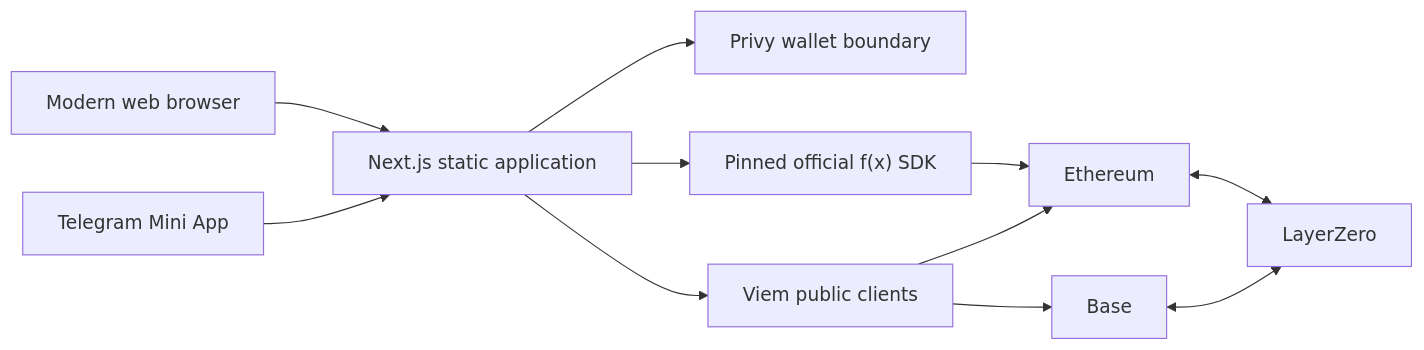
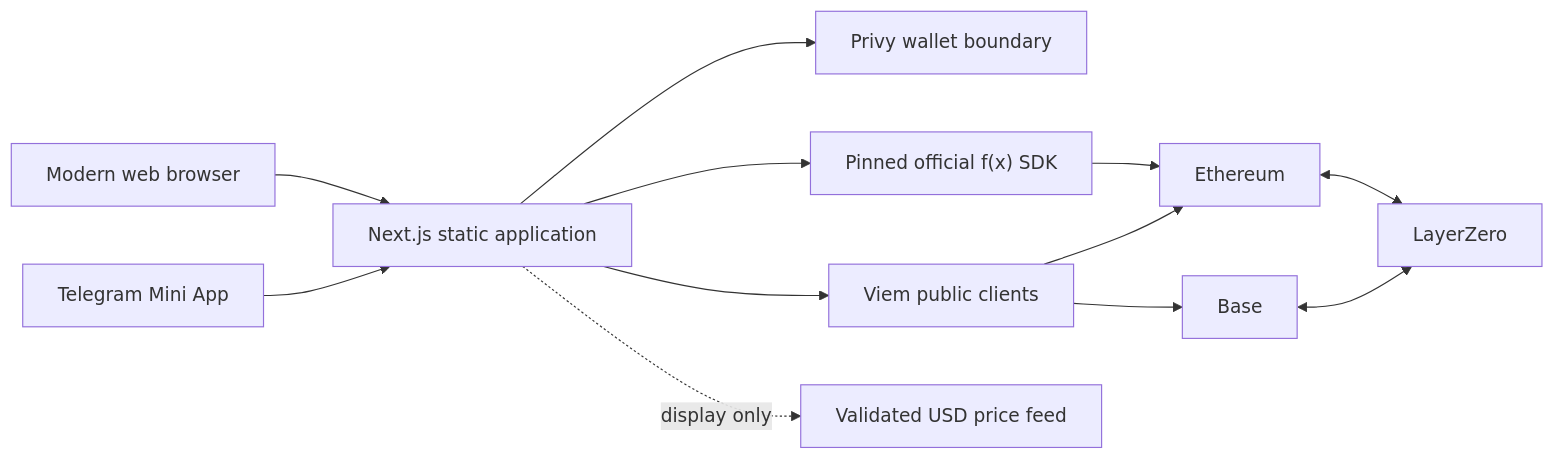
One commit to 0xNaeemHassan/FxAeon changed the diagram in README.md. Above: the diagram before and after it, drawn with Mermaid. The commit also changed other lines of this file and 50 other files, not shown here.

````diff
--- a/README.md
+++ b/README.md
@@ -121,13 +125,14 @@
 ```mermaid
 flowchart LR
     WEB[Modern web browser] --> APP
     TG[Telegram Mini App] --> APP[Next.js static application]
     APP --> PRIVY[Privy wallet boundary]
     APP --> SDK["Pinned official f(x) SDK"]
     APP --> VIEM[Viem public clients]
+    APP -. display only .-> USD[Validated USD price feed]
     SDK --> ETH[Ethereum]
     VIEM --> ETH
     VIEM --> BASE[Base]
     ETH <--> LZ[LayerZero]
     BASE <--> LZ
 ```
````
